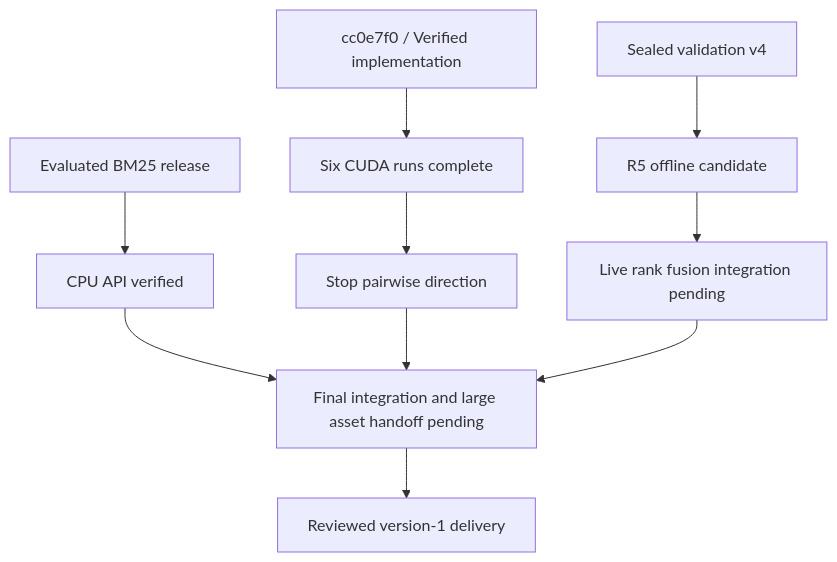
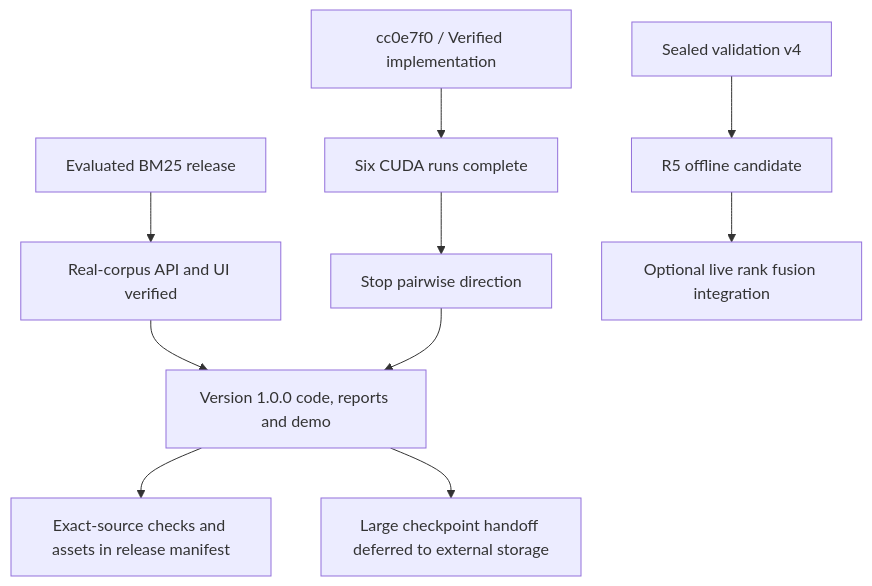
Before and after one commit to Hector-sau/devsearch: the first of 5 diagrams in docs/DIAGRAMS.md, drawn with Mermaid. The commit also changed other lines of this file and 6 other files, not shown here.

````diff
--- a/docs/DIAGRAMS.md
+++ b/docs/DIAGRAMS.md
@@ -11,12 +11,12 @@
 ```mermaid
 flowchart TD
     A["cc0e7f0 / Verified implementation"] --> B["Six CUDA runs complete"]
     C["Sealed validation v4"] --> D["R5 offline candidate"]
     B --> E["Stop pairwise direction"]
-    F["Evaluated BM25 release"] --> G["CPU API verified"]
-    G --> H["Final integration and large asset handoff pending"]
-    D --> I["Live rank fusion integration pending"]
+    F["Evaluated BM25 release"] --> G["Real-corpus API and UI verified"]
+    G --> H["Version 1.0.0 code, reports and demo"]
     E --> H
-    I --> H
-    H --> J["Reviewed version-1 delivery"]
+    H --> J["Exact-source checks and assets in release manifest"]
+    H --> K["Large checkpoint handoff deferred to external storage"]
+    D --> I["Optional live rank fusion integration"]
 ```
````
